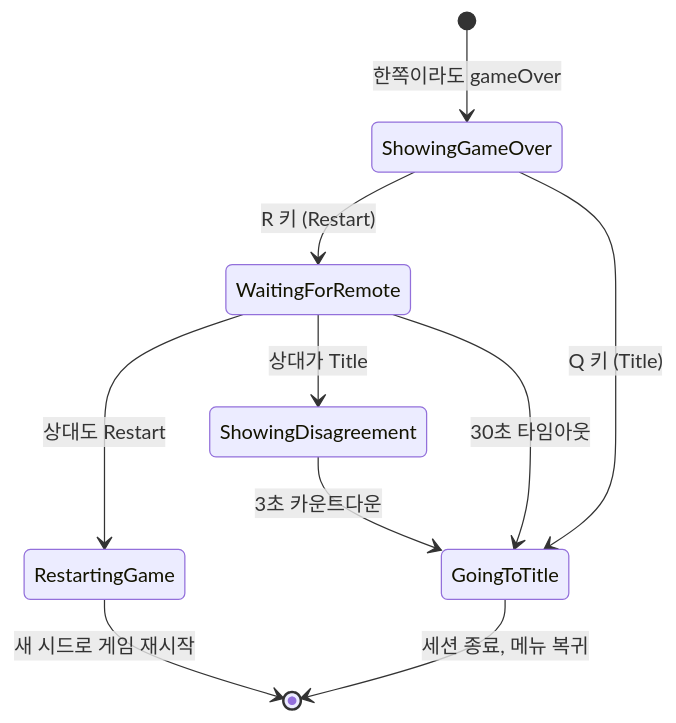
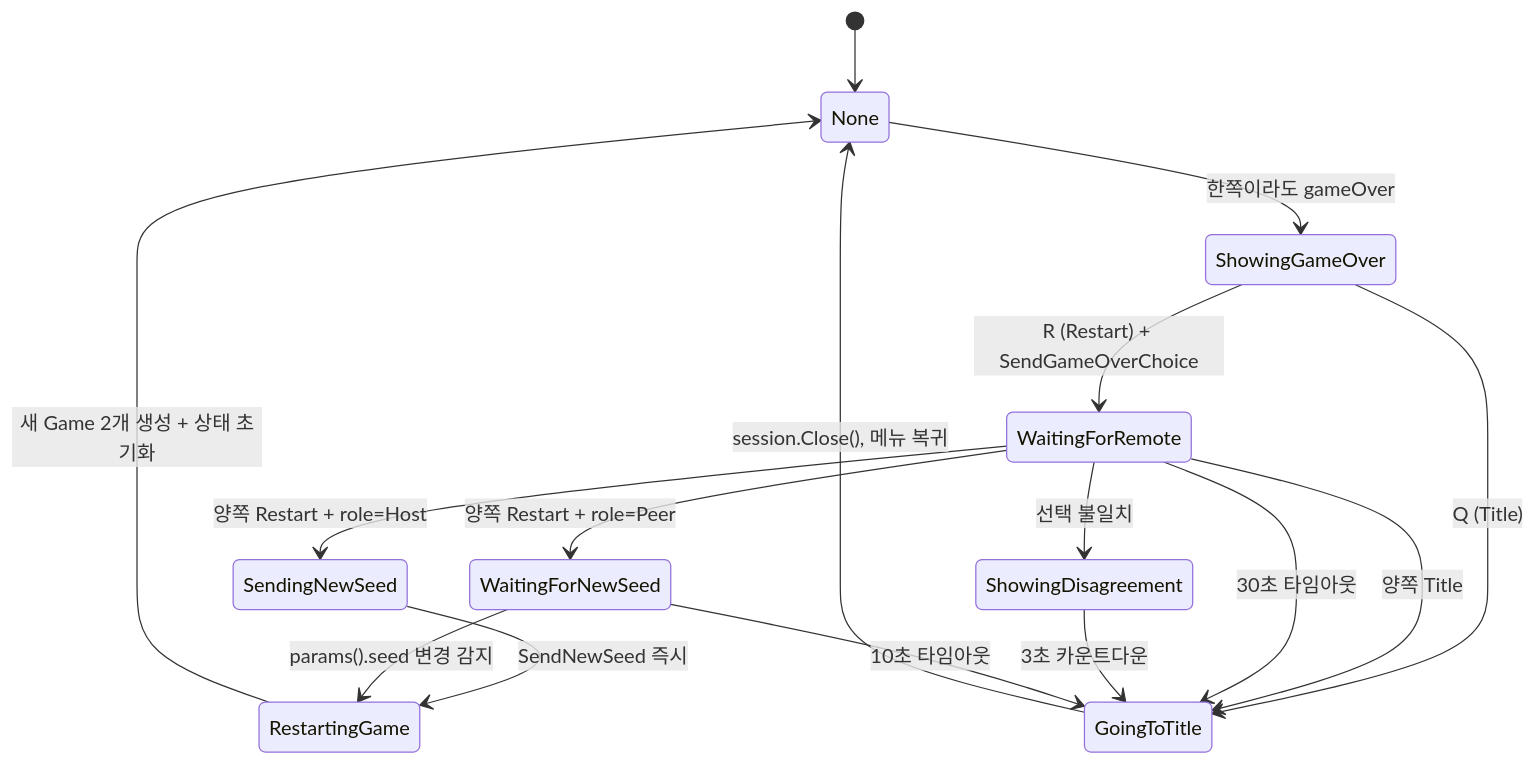
One commit to Rein-ArXiv/Tetris-Multiplayer-RL changed the sixth of 13 diagrams in docs/blog/part6-lockstep-networking.md. Above: the diagram before and after it, drawn with Mermaid. The commit also changed other lines of this file and 41 other files, not shown here.

````diff
--- a/docs/blog/part6-lockstep-networking.md
+++ b/docs/blog/part6-lockstep-networking.md
@@ -708,15 +1576,22 @@
 ```mermaid
 stateDiagram-v2
-    [*] --> ShowingGameOver: 한쪽이라도 gameOver
-    ShowingGameOver --> WaitingForRemote: R 키 (Restart)
-    ShowingGameOver --> GoingToTitle: Q 키 (Title)
+    [*] --> None
+    None --> ShowingGameOver: 한쪽이라도 gameOver
+    ShowingGameOver --> WaitingForRemote: R (Restart) + SendGameOverChoice
+    ShowingGameOver --> GoingToTitle: Q (Title)
 
-    WaitingForRemote --> RestartingGame: 상대도 Restart
-    WaitingForRemote --> ShowingDisagreement: 상대가 Title
+    WaitingForRemote --> SendingNewSeed: 양쪽 Restart + role=Host
+    WaitingForRemote --> WaitingForNewSeed: 양쪽 Restart + role=Peer
+    WaitingForRemote --> GoingToTitle: 양쪽 Title
+    WaitingForRemote --> ShowingDisagreement: 선택 불일치
     WaitingForRemote --> GoingToTitle: 30초 타임아웃
 
     ShowingDisagreement --> GoingToTitle: 3초 카운트다운
 
-    RestartingGame --> [*]: 새 시드로 게임 재시작
-    GoingToTitle --> [*]: 세션 종료, 메뉴 복귀
+    SendingNewSeed --> RestartingGame: SendNewSeed 즉시
+    WaitingForNewSeed --> RestartingGame: params().seed 변경 감지
+    WaitingForNewSeed --> GoingToTitle: 10초 타임아웃
+
+    RestartingGame --> None: 새 Game 2개 생성 + 상태 초기화
+    GoingToTitle --> None: session.Close(), 메뉴 복귀
 ```
````
